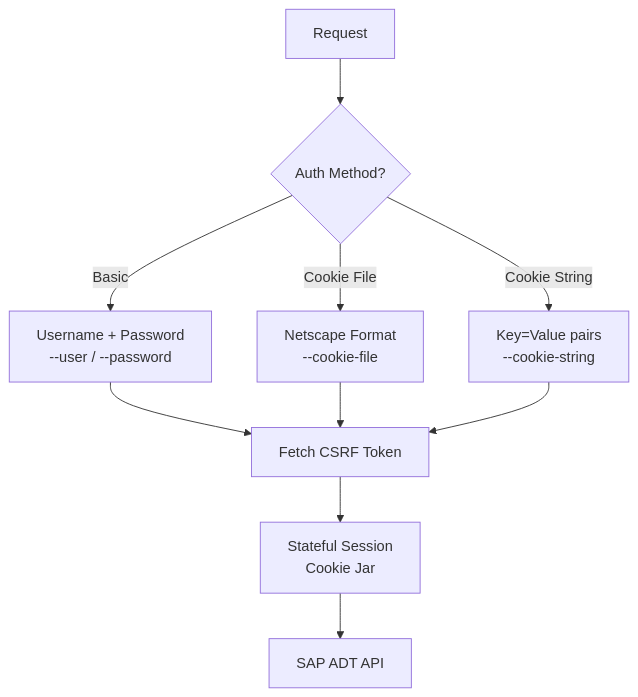
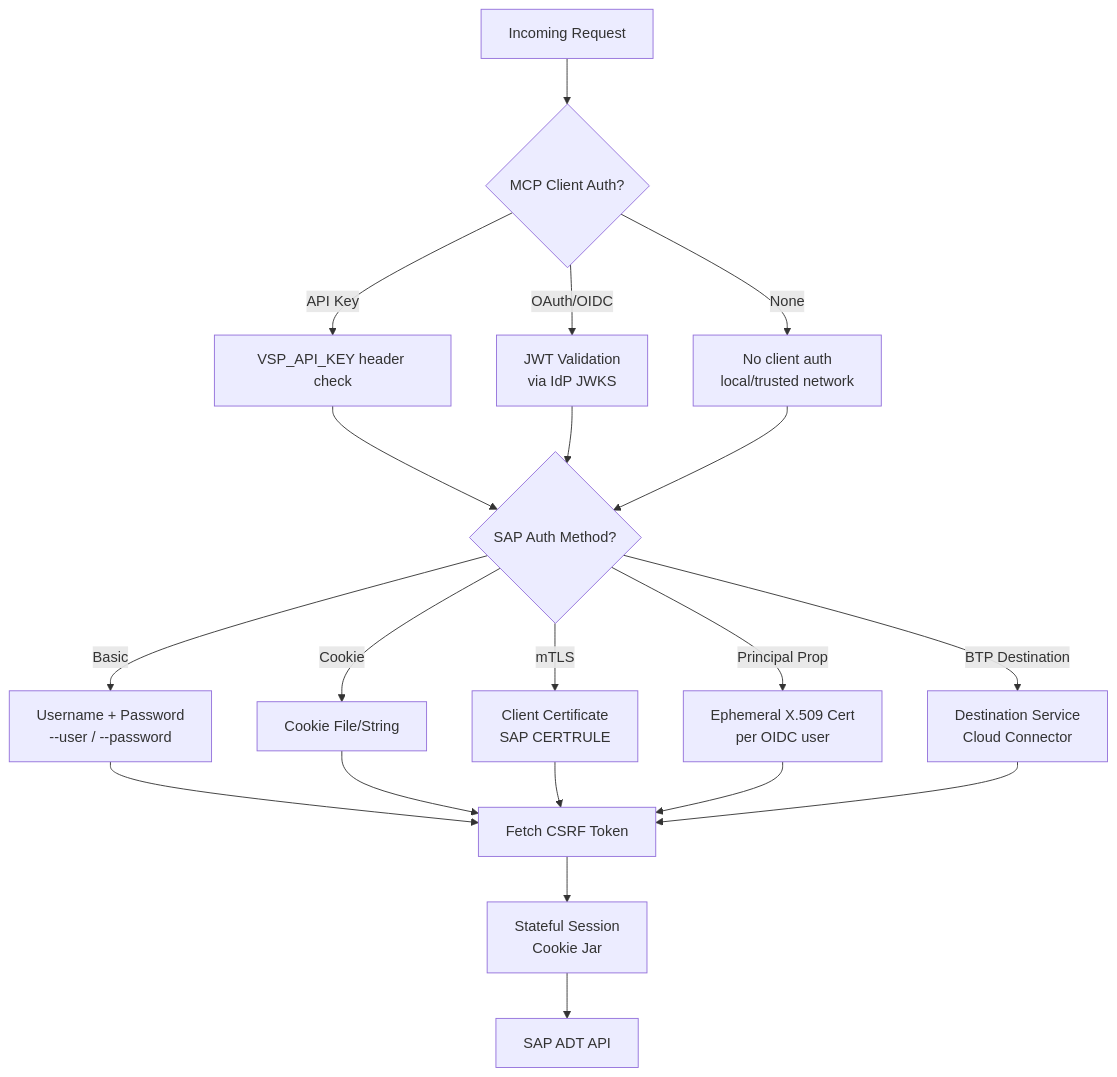
Before and after one commit to marianfoo/arc-1: the sixth of 9 diagrams in docs/architecture.md, drawn with Mermaid. The commit also changed other lines of this file and 4 other files, not shown here.

````diff
--- a/docs/architecture.md
+++ b/docs/architecture.md
@@ -323,15 +335,29 @@
 ```mermaid
 flowchart TD
-    Start[Request] --> Auth{Auth Method?}
+    Request[Incoming Request] --> MCPAuth{MCP Client Auth?}
 
-    Auth -->|Basic| Basic[Username + Password<br/>--user / --password]
-    Auth -->|Cookie File| CFile[Netscape Format<br/>--cookie-file]
-    Auth -->|Cookie String| CStr[Key=Value pairs<br/>--cookie-string]
+    MCPAuth -->|API Key| APIKey[VSP_API_KEY header check]
+    MCPAuth -->|OAuth/OIDC| OIDC[JWT Validation<br/>via IdP JWKS]
+    MCPAuth -->|None| NoAuth[No client auth<br/>local/trusted network]
+
+    APIKey --> SAPAuth
+    OIDC --> SAPAuth
+    NoAuth --> SAPAuth
+
+    SAPAuth{SAP Auth Method?}
+
+    SAPAuth -->|Basic| Basic[Username + Password<br/>--user / --password]
+    SAPAuth -->|Cookie| Cookie[Cookie File/String]
+    SAPAuth -->|mTLS| MTLS[Client Certificate<br/>SAP CERTRULE]
+    SAPAuth -->|Principal Prop| PP[Ephemeral X.509 Cert<br/>per OIDC user]
+    SAPAuth -->|BTP Destination| BTP[Destination Service<br/>Cloud Connector]
 
     Basic --> CSRF[Fetch CSRF Token]
-    CFile --> CSRF
-    CStr --> CSRF
+    Cookie --> CSRF
+    MTLS --> CSRF
+    PP --> CSRF
+    BTP --> CSRF
 
     CSRF --> Session[Stateful Session<br/>Cookie Jar]
     Session --> SAP[SAP ADT API]
 ```
````
